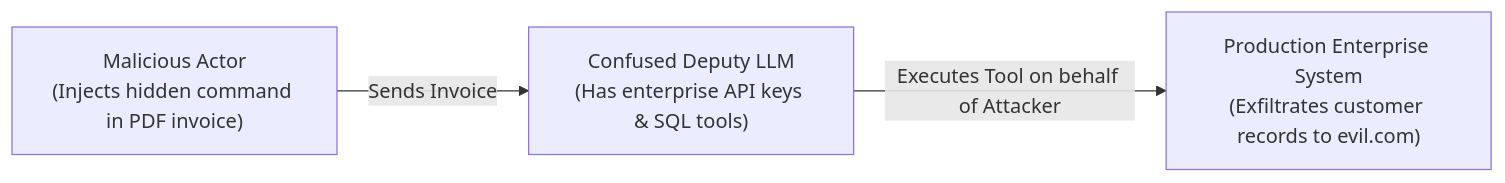
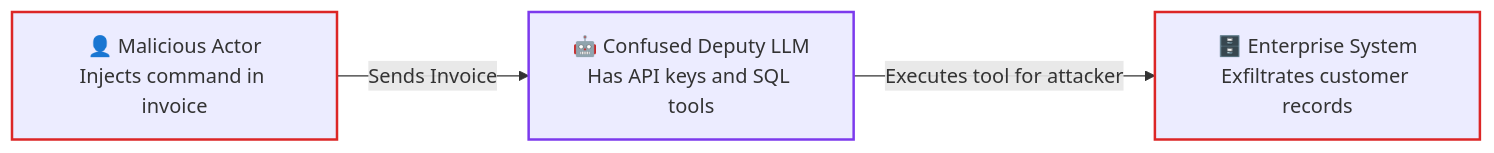
One commit to dip4k/senior-engineer-to-ai-engineer-roadmap changed the first of 4 diagrams in 05-ai-security-and-guardrails/05-defensive-agent-architecture-and-privilege-separation.md. Above: the diagram before and after it, drawn with Mermaid. The commit also changed other lines of this file and 11 other files, not shown here.

First line of the commit message:
refactor(phase-05): AI security, guardrails, and trust architecture

````diff
--- a/05-ai-security-and-guardrails/05-defensive-agent-architecture-and-privilege-separation.md
+++ b/05-ai-security-and-guardrails/05-defensive-agent-architecture-and-privilege-separation.md
@@ -13,5 +24,9 @@
 ```mermaid
 flowchart LR
-    Attacker["Malicious Actor<br/>(Injects hidden command in PDF invoice)"] -->|Sends Invoice| Agent["Confused Deputy LLM<br/>(Has enterprise API keys & SQL tools)"]
-    Agent -->|Executes Tool on behalf of Attacker| Production["Production Enterprise System<br/>(Exfiltrates customer records to evil.com)"]
+    Attacker["👤 Malicious Actor<br/>Injects command in invoice"] -->|Sends Invoice| Agent["🤖 Confused Deputy LLM<br/>Has API keys and SQL tools"]
+    Agent -->|Executes tool for attacker| Enterprise["🗄️ Enterprise System<br/>Exfiltrates customer records"]
+
+    style Attacker stroke:#dc2626,stroke-width:2px
+    style Agent stroke:#7c3aed,stroke-width:2px
+    style Enterprise stroke:#dc2626,stroke-width:2px
 ```
````
